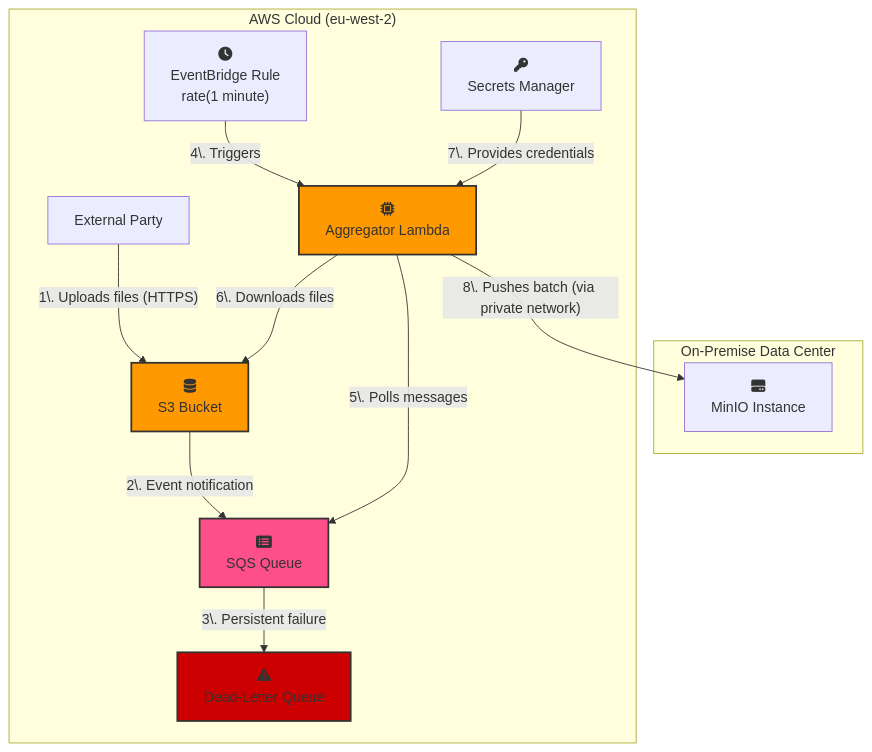
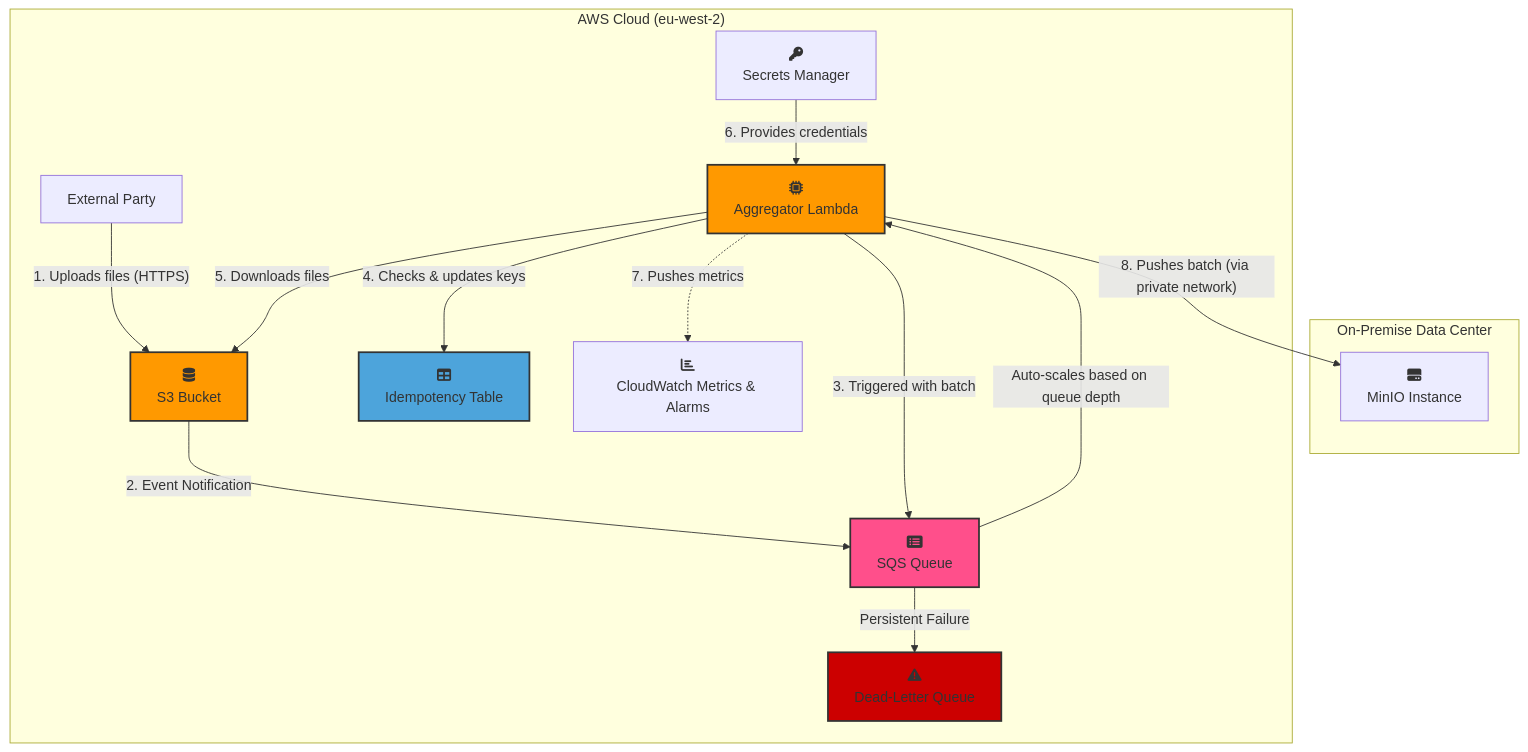
One commit to jathorp/data_move changed the diagram in README.md. Above: the diagram before and after it, drawn with Mermaid. The commit also changed other lines of this file, not shown here.

Commit message:
Updated design doc based on looking at scalability of the lambda function

````diff
--- a/README.md
+++ b/README.md
@@ -50,32 +50,36 @@
 ```mermaid
 flowchart TD
   %% ───────── Nodes ─────────
   subgraph "On-Premise Data Center"
     MinIO["fa:fa-hdd<br/>MinIO Instance"]
   end
   subgraph "AWS Cloud (eu-west-2)"
     Lambda["fa:fa-microchip<br/>Aggregator Lambda"]
     ExternalParty["External Party"] 
     S3["fa:fa-database<br/>S3 Bucket"]
     SQS["fa:fa-list-alt<br/>SQS Queue"]
     DLQ["fa:fa-exclamation-triangle<br/>Dead-Letter Queue"]
-    EventBridge["fa:fa-clock<br/>EventBridge Rule<br/>rate(1 minute)"]
+    DynamoDB["fa:fa-table<br/>Idempotency Table"]
     SecretsManager["fa:fa-key<br/>Secrets Manager"]
+    CloudWatch["fa:fa-chart-bar<br/>CloudWatch Metrics & Alarms"]
   end
 
   %% ───────── Edges ─────────
-  ExternalParty -->|"1\. Uploads files (HTTPS)"| S3
-  S3            -->|"2\. Event notification"| SQS
-  SQS           -->|"3\. Persistent failure"| DLQ
-  EventBridge   -->|"4\. Triggers"| Lambda
-  Lambda        -->|"5\. Polls messages"| SQS
-  Lambda        -->|"6\. Downloads files"| S3
-  SecretsManager-->|"7\. Provides credentials"| Lambda
-  Lambda        -->|"8\. Pushes batch (via private network)"| MinIO
+  ExternalParty -->|"1. Uploads files (HTTPS)"| S3
+  S3            -->|"2. Event Notification"| SQS
+  SQS           -- "Auto-scales based on queue depth" --> Lambda
+  Lambda        -->|"3. Triggered with batch"| SQS
+  Lambda        -->|"4. Checks & updates keys"| DynamoDB
+  Lambda        -->|"5. Downloads files"| S3
+  SecretsManager-->|"6. Provides credentials"| Lambda
+  Lambda        -.->|"7. Pushes metrics"| CloudWatch
+  Lambda        -->|"8. Pushes batch (via private network)"| MinIO
+  SQS           -->|"Persistent Failure"| DLQ
 
   %% ───────── Styling ─────────
   style Lambda fill:#FF9900,stroke:#333,stroke-width:2px
   style S3     fill:#FF9900,stroke:#333,stroke-width:2px
   style SQS    fill:#FF4F8B,stroke:#333,stroke-width:2px
+  style DynamoDB fill:#4DA4DB,stroke:#333,stroke-width:2px
   style DLQ    fill:#CC0000,stroke:#333,stroke-width:2px
 ```
````
